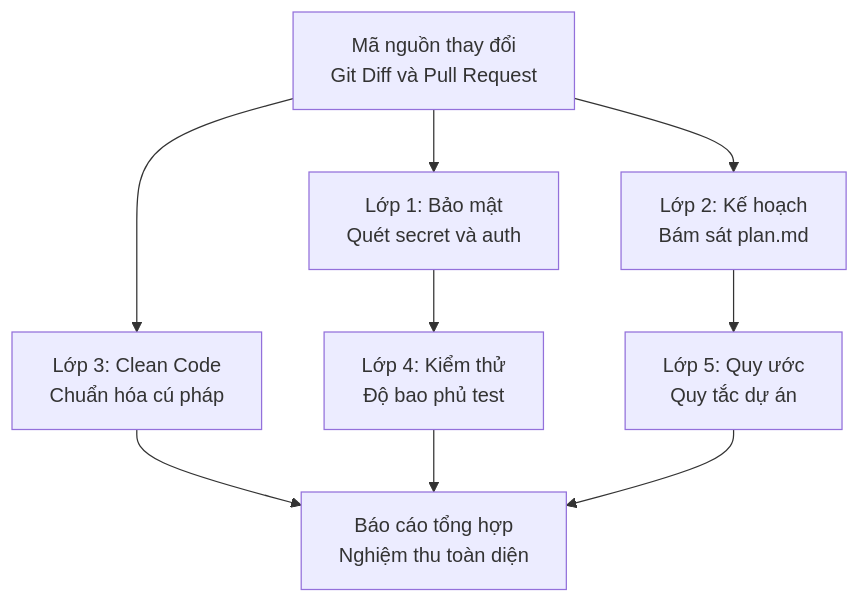
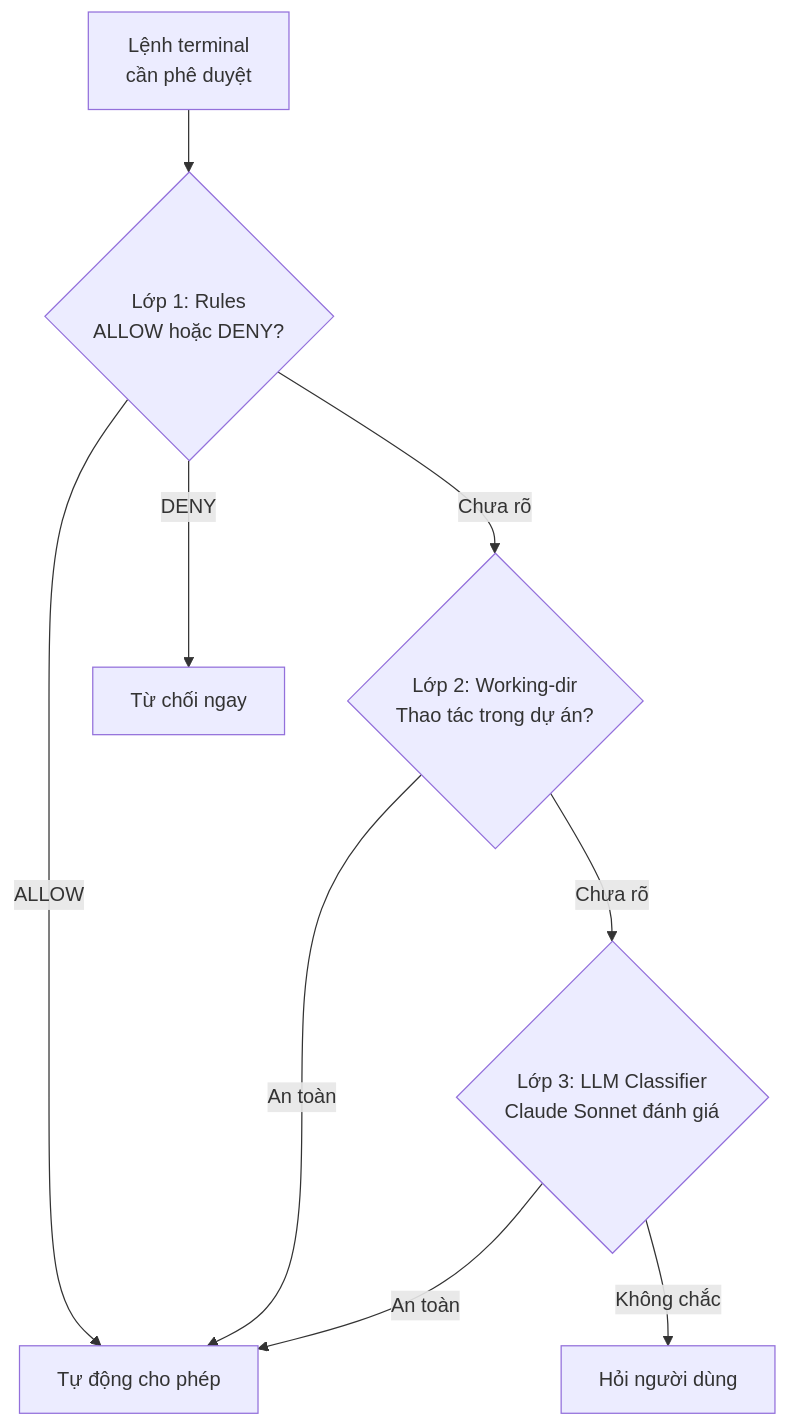
One commit to nguyengoctin/my_website changed the third of 3 diagrams in content/posts/toan-tap-coding-friend-ai-engineering.md. Above: the diagram before and after it, drawn with Mermaid. The commit also changed other lines of this file and 19 other files, not shown here.

Commit message:
chore: implement Mermaid best-practice audit script, apply auto-fixes to posts, and adjust rendering configurations

````diff
--- a/content/posts/toan-tap-coding-friend-ai-engineering.md
+++ b/content/posts/toan-tap-coding-friend-ai-engineering.md
@@ -202,18 +273,18 @@
 ```mermaid
 flowchart TD
-    Diff["Mã nguồn thay đổi<br/>Git Diff và Pull Request"]
-    L1["Lớp 1: Bảo mật<br/>Quét secret và auth"]
-    L2["Lớp 2: Kế hoạch<br/>Bám sát plan.md"]
-    L3["Lớp 3: Clean Code<br/>Chuẩn hóa cú pháp"]
-    L4["Lớp 4: Kiểm thử<br/>Độ bao phủ test"]
-    L5["Lớp 5: Quy ước<br/>Quy tắc dự án"]
-    Merge["Báo cáo tổng hợp<br/>Nghiệm thu toàn diện"]
-    Diff --> L1
-    Diff --> L2
-    Diff --> L3
-    L1 --> L4
-    L2 --> L5
-    L3 --> Merge
-    L4 --> Merge
-    L5 --> Merge
+    Cmd["Lệnh terminal<br/>cần phê duyệt"]
+    L1{"Lớp 1: Rules<br/>ALLOW hoặc DENY?"}
+    L2{"Lớp 2: Working-dir<br/>Thao tác trong dự án?"}
+    L3{"Lớp 3: LLM Classifier<br/>Claude Sonnet đánh giá"}
+    Allow["Tự động cho phép"]
+    Deny["Từ chối ngay"]
+    Ask["Hỏi người dùng"]
+    Cmd --> L1
+    L1 -->|ALLOW| Allow
+    L1 -->|DENY| Deny
+    L1 -->|Chưa rõ| L2
+    L2 -->|An toàn| Allow
+    L2 -->|Chưa rõ| L3
+    L3 -->|An toàn| Allow
+    L3 -->|Không chắc| Ask
 ```
````
